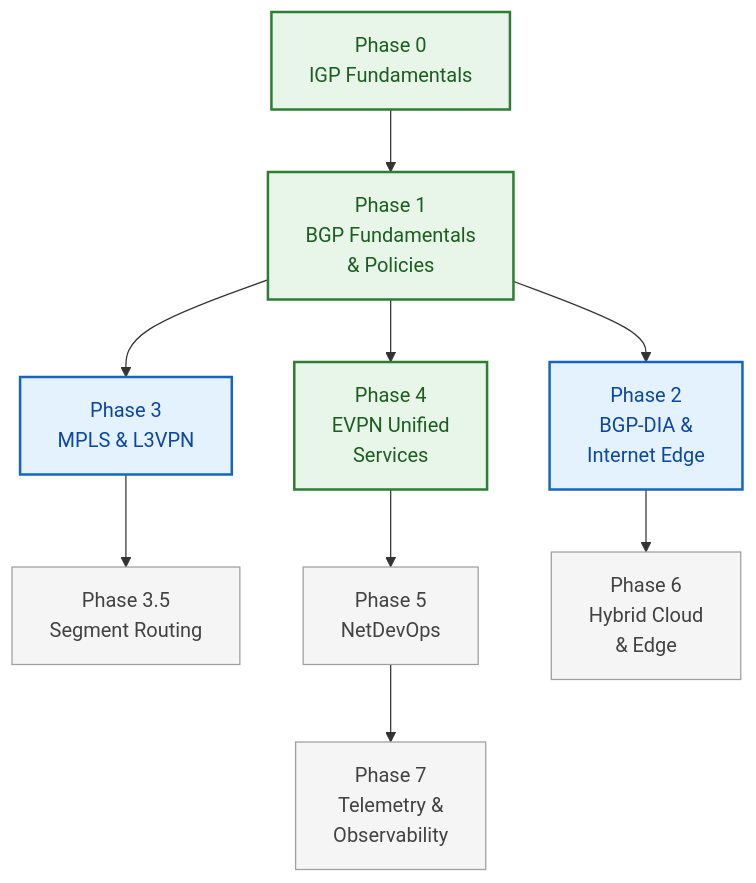
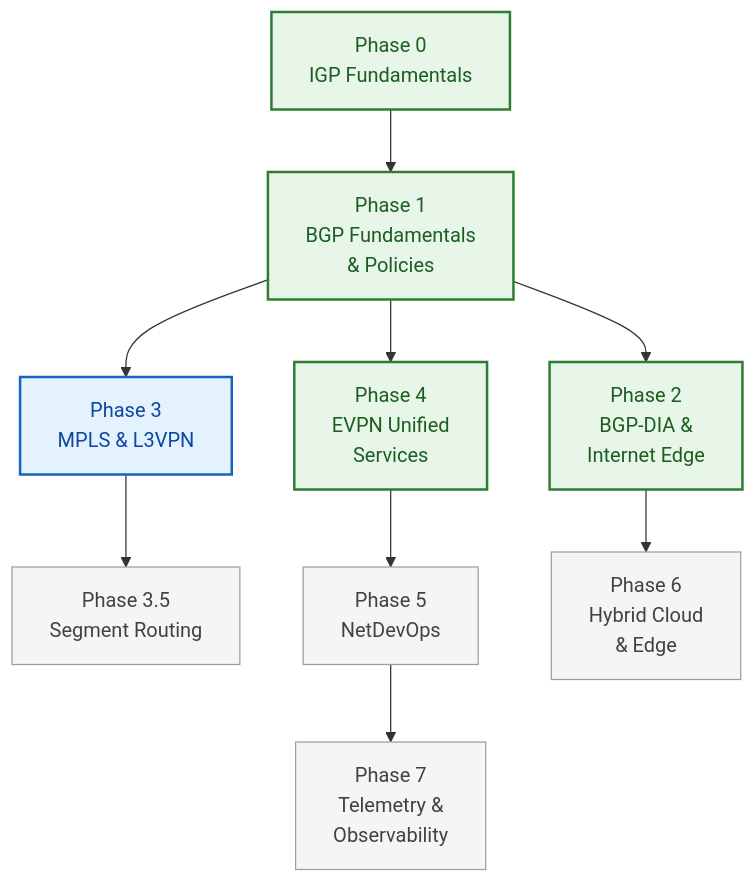
Before and after one commit to etherhtun/netforge-labs: the diagram in docs/roadmap.md, drawn with Mermaid. The commit also changed 1 other file, not shown here.

Commit message:
docs(roadmap): update Phase 2 status to 4 labs live in course portal

````diff
--- a/docs/roadmap.md
+++ b/docs/roadmap.md
@@ -13,16 +13,16 @@
 ```mermaid
 graph TD
     P0["Phase 0<br/>IGP Fundamentals"] --> P1["Phase 1<br/>BGP Fundamentals<br/>& Policies"]
     P1 --> P2["Phase 2<br/>BGP-DIA &<br/>Internet Edge"]
     P1 --> P3["Phase 3<br/>MPLS & L3VPN"]
     P3 --> P35["Phase 3.5<br/>Segment Routing"]
     P1 --> P4["Phase 4<br/>EVPN Unified<br/>Services"]
     P4 --> P5["Phase 5<br/>NetDevOps"]
     P2 --> P6["Phase 6<br/>Hybrid Cloud<br/>& Edge"]
     P5 --> P7["Phase 7<br/>Telemetry &<br/>Observability"]
 
     classDef done fill:#e8f5e9,stroke:#2e7d32,color:#1b5e20,stroke-width:2px;
     classDef next fill:#e3f2fd,stroke:#1565c0,color:#0d47a1,stroke-width:2px;
     classDef plan fill:#f5f5f5,stroke:#9e9e9e,color:#424242;
-    class P0,P1,P4 done; class P2,P3 next; class P35,P5,P6,P7 plan;
+    class P0,P1,P2,P4 done; class P3 next; class P35,P5,P6,P7 plan;
 ```
````
